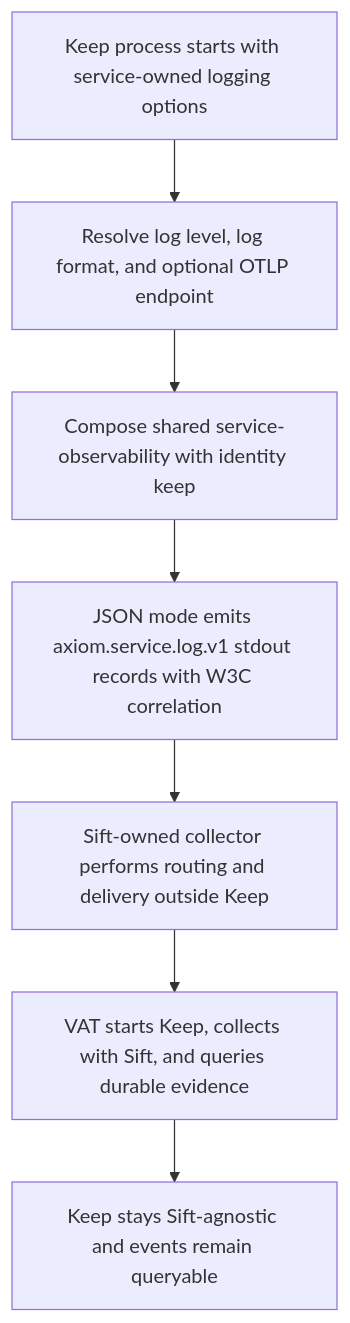
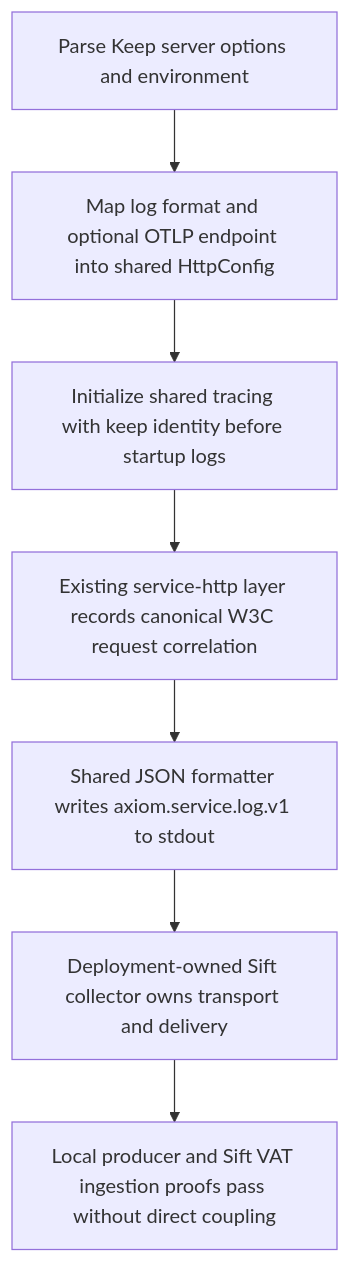
One commit to chrischeng-c4/axiom changed the first of 2 diagrams in apps/keep/tech-design/interfaces/rest/adopt-sift-owned-operational-telemetry-contract.md. Above: the diagram before and after it, drawn with Mermaid. The commit also changed other lines of this file, not shown here.

Commit message:
td(2414) — contract section: logic
Lifecycle-Slug: 2414
Work-Item: 2414
Lifecycle-Stage: Td-Section
Lifecycle-Phase: td_contract_in_progress
Lifecycle-Pass: contract
TD-Section: logic
Previous-Phase: td_applicability_created
Next-Phase: td_contract_in_progress
Next-Command: aw td create

````diff
--- a/apps/keep/tech-design/interfaces/rest/adopt-sift-owned-operational-telemetry-contract.md
+++ b/apps/keep/tech-design/interfaces/rest/adopt-sift-owned-operational-telemetry-contract.md
@@ -10,42 +10,42 @@
 ```mermaid
 ---
-id: keep-sift-operational-telemetry-applicability
-entry: start
+id: keep-sift-operational-telemetry-contract
+entry: parse
 nodes:
-  start:
+  parse:
     kind: start
-    label: Keep process starts with service-owned logging options
-  resolve:
+    label: Parse Keep server options and environment
+  config:
     kind: process
-    label: Resolve log level, log format, and optional OTLP endpoint from Keep configuration
-  shared:
+    label: Map pretty or json log format and optional OTLP endpoint into shared HttpConfig
+  identity:
     kind: process
-    label: Compose libs/service-observability with identity keep and the package version
-  stdout:
+    label: Initialize shared tracing once with service identity keep and package version before startup logs
+  request:
     kind: process
-    label: JSON mode emits axiom.service.log.v1 lines to stdout with W3C-compatible request correlation
-  collector:
+    label: Existing service-http trace layer records canonical W3C correlation on HTTP request spans
+  jsonl:
     kind: process
-    label: Sift-owned collector reads stdout and attaches routing, credentials, and delivery policy outside Keep
-  query:
+    label: Shared JSON formatter writes bounded axiom.service.log.v1 records to stdout
+  external:
     kind: process
-    label: VAT starts a real Keep process, collects records through Sift, and queries durable Sift evidence
-  done:
+    label: Deployment-owned Sift collector tails stdout and owns endpoint, auth, batching, retry, and ingestion routing
+  proof:
     kind: terminal
-    label: Keep remains Sift-agnostic while its operational events are queryable by stable service identity
+    label: Local real-process contract and Sift VAT ingestion query both pass without a Keep to Sift dependency
 edges:
-  - { from: start, to: resolve }
-  - { from: resolve, to: shared }
-  - { from: shared, to: stdout }
-  - { from: stdout, to: collector }
-  - { from: collector, to: query }
-  - { from: query, to: done }
+  - { from: parse, to: config }
+  - { from: config, to: identity }
+  - { from: identity, to: request }
+  - { from: request, to: jsonl }
+  - { from: jsonl, to: external }
+  - { from: external, to: proof }
 ---
 flowchart TD
-  start[Keep process starts with service-owned logging options] --> resolve[Resolve log level, log format, and optional OTLP endpoint]
-  resolve --> shared[Compose shared service-observability with identity keep]
-  shared --> stdout[JSON mode emits axiom.service.log.v1 stdout records with W3C correlation]
-  stdout --> collector[Sift-owned collector performs routing and delivery outside Keep]
-  collector --> query[VAT starts Keep, collects with Sift, and queries durable evidence]
-  query --> done[Keep stays Sift-agnostic and events remain queryable]
+  parse[Parse Keep server options and environment] --> config[Map log format and optional OTLP endpoint into shared HttpConfig]
+  config --> identity[Initialize shared tracing with keep identity before startup logs]
+  identity --> request[Existing service-http layer records canonical W3C request correlation]
+  request --> jsonl[Shared JSON formatter writes axiom.service.log.v1 to stdout]
+  jsonl --> external[Deployment-owned Sift collector owns transport and delivery]
+  external --> proof[Local producer and Sift VAT ingestion proofs pass without direct coupling]
 ```
````
